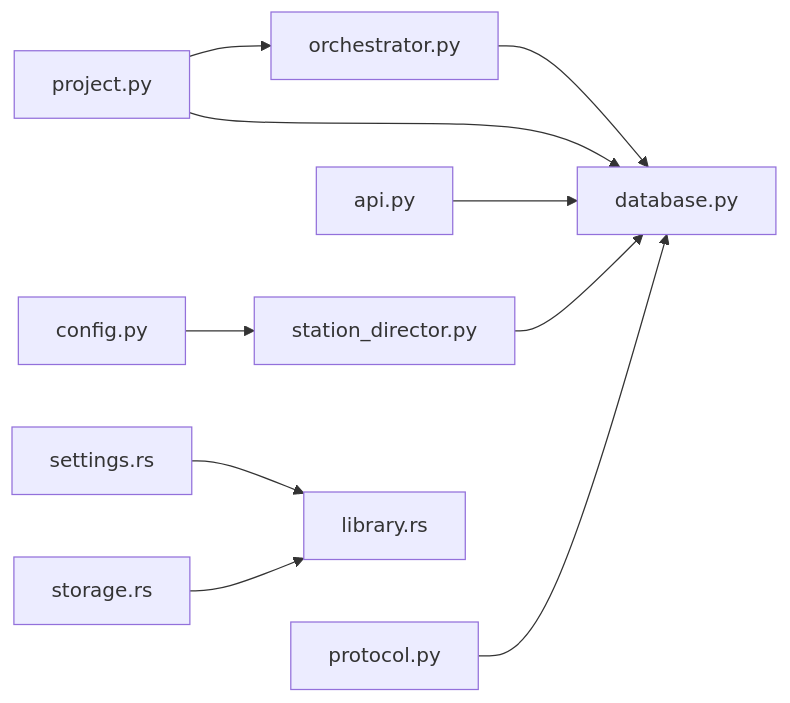
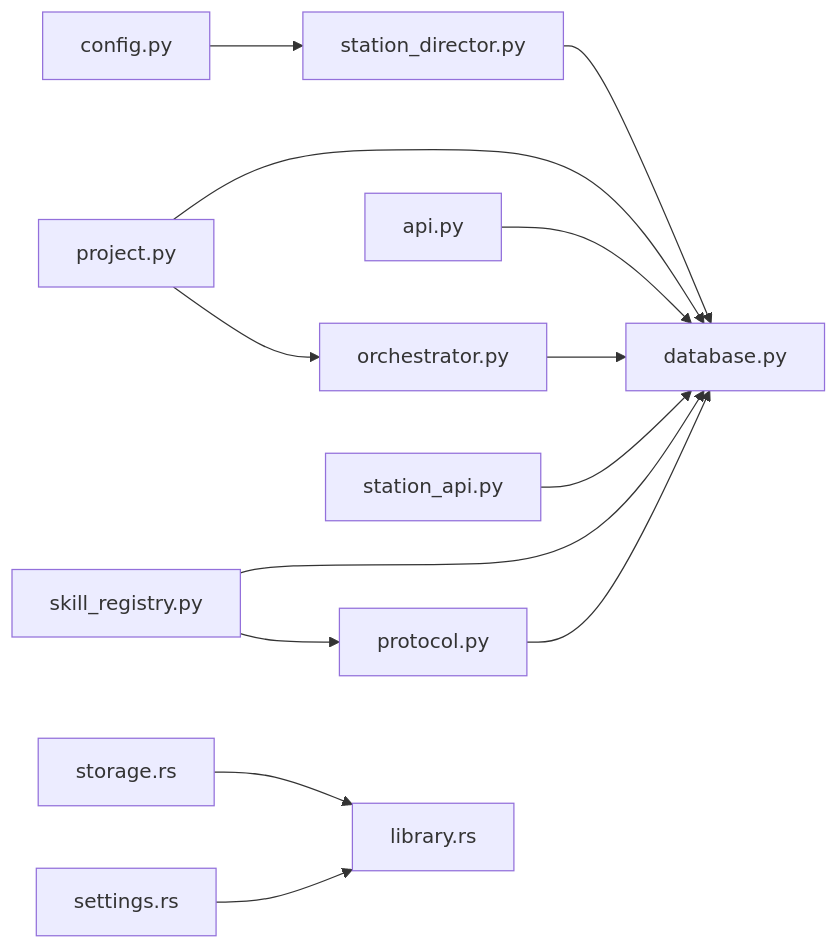
Before and after one commit to targalian/Personal-distributed-workstation: the fifth of 5 diagrams in .qoder/repowiki/zh/content/核心模块/数据库设计.md, drawn with Mermaid. The commit also changed other lines of this file and 92 other files, not shown here.

````diff
--- a/.qoder/repowiki/zh/content/核心模块/数据库设计.md
+++ b/.qoder/repowiki/zh/content/核心模块/数据库设计.md
@@ -483,12 +574,15 @@
 ```mermaid
 graph LR
 Protocol["protocol.py"] --> Database["database.py"]
 Config["config.py"] --> StationDirector["station_director.py"]
 StationDirector --> Database
 API["api.py"] --> Database
 ProjectMgr["project.py"] --> Database
 ProjectMgr --> Orchestrator["orchestrator.py"]
 Orchestrator --> Database
+SkillReg["skill_registry.py"] --> Database
+SkillReg --> Protocol
+SkillAPI["station_api.py"] --> Database
 Storage["storage.rs"] --> Library["library.rs"]
 Settings["settings.rs"] --> Library
 ```
````
